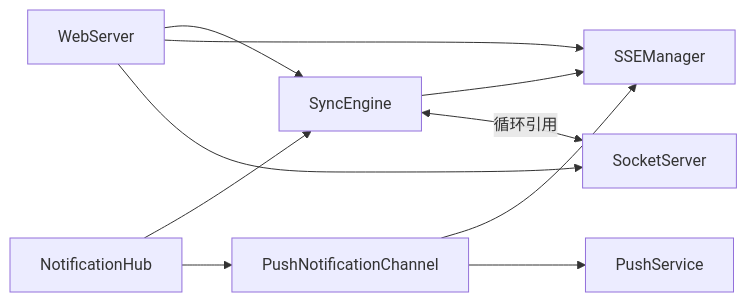
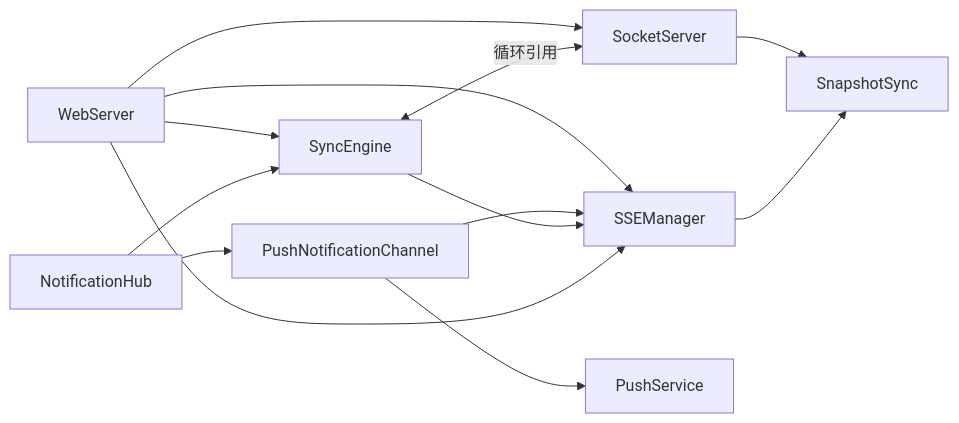
Before and after one commit to ModuBit/mobi: the second of 3 diagrams in docs/architecture/hub/README.md, drawn with Mermaid. The commit also changed other lines of this file and 29 other files, not shown here.

Commit message:
refactor(hub): 快照同步收敛为单一 SnapshotSync module——Assembler（CLI→hub 增量重建）与 Forwarder（SSE 游标路由）职责分散在 sync/sse 两层、组装层需三件套注入，合并为 ingest/subscribe/lease 一体：socket adapter 校验后调 ingest、SSE adapter 过滤后取订阅 handle、CLI 断连走 lease 回收，module 只决定快照内容不做网络发送

````diff
--- a/docs/architecture/hub/README.md
+++ b/docs/architecture/hub/README.md
@@ -108,8 +109,11 @@
 ```mermaid
 graph LR
     WS[WebServer] --> SE[SyncEngine] & SSE[SSEManager] & Socket[SocketServer]
     NH[NotificationHub] --> SE & PNC[PushNotificationChannel]
     PNC --> SSE & PS[PushService]
     SE --> SSE
+    Socket --> SS[SnapshotSync]
+    SSE --> SS
+    WS --> SSE
     SE <-->|循环引用| Socket
 ```
````
